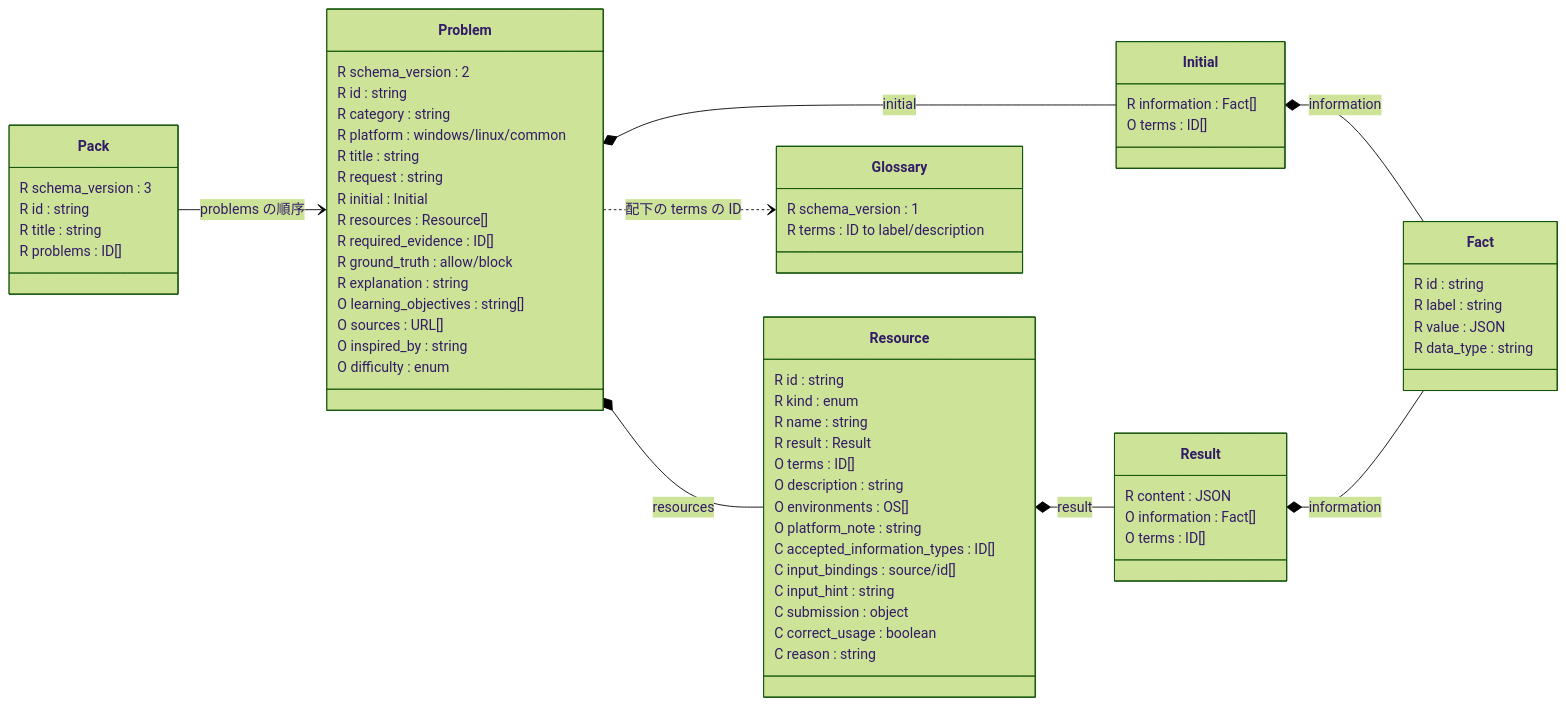
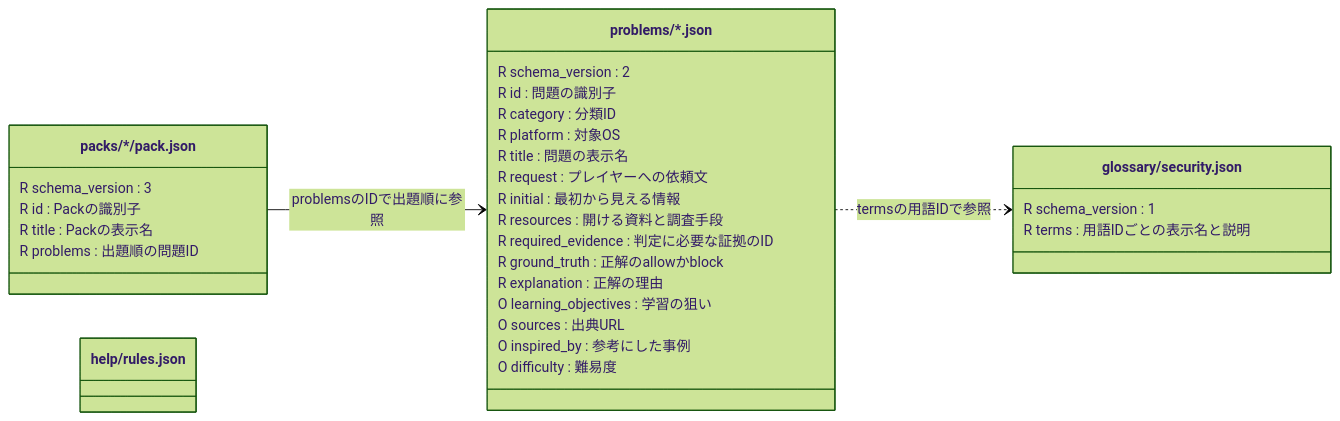
Before and after one commit to toratako/tousenborder: the diagram in data/README.md, drawn with Mermaid (forest theme). The commit also changed other lines of this file, not shown here.

Commit message:
update mermaid(WIP)

````diff
--- a/data/README.md
+++ b/data/README.md
@@ -5,69 +5,37 @@
 ```mermaid
 classDiagram
   direction LR
-  class Pack {
+  class PackFile["packs/*/pack.json"]
+  class PackFile {
     R schema_version : 3
-    R id : string
-    R title : string
-    R problems : ID[]
+    R id : Packの識別子
+    R title : Packの表示名
+    R problems : 出題順の問題ID
   }
-  class Problem {
+  class ProblemFile["problems/*.json"]
+  class ProblemFile {
     R schema_version : 2
-    R id : string
-    R category : string
-    R platform : windows/linux/common
-    R title : string
-    R request : string
-    R initial : Initial
-    R resources : Resource[]
-    R required_evidence : ID[]
-    R ground_truth : allow/block
-    R explanation : string
-    O learning_objectives : string[]
-    O sources : URL[]
-    O inspired_by : string
-    O difficulty : enum
+    R id : 問題の識別子
+    R category : 分類ID
+    R platform : 対象OS
+    R title : 問題の表示名
+    R request : プレイヤーへの依頼文
+    R initial : 最初から見える情報
+    R resources : 開ける資料と調査手段
+    R required_evidence : 判定に必要な証拠のID
+    R ground_truth : 正解のallowかblock
+    R explanation : 正解の理由
+    O learning_objectives : 学習の狙い
+    O sources : 出典URL
+    O inspired_by : 参考にした事例
+    O difficulty : 難易度
   }
-  class Initial {
-    R information : Fact[]
-    O terms : ID[]
+  class GlossaryFile["glossary/security.json"]
+  class GlossaryFile {
+    R schema_version : 1
+    R terms : 用語IDごとの表示名と説明
   }
-  class Fact {
-    R id : string
-    R label : string
-    R value : JSON
-    R data_type : string
-  }
-  class Resource {
-    R id : string
-    R kind : enum
-    R name : string
-    R result : Result
-    O terms : ID[]
-    O description : string
-    O environments : OS[]
-    O platform_note : string
-    C accepted_information_types : ID[]
-    C input_bindings : source/id[]
-    C input_hint : string
-    C submission : object
-    C correct_usage : boolean
-    C reason : string
-  }
-  class Result {
-    R content : JSON
-    O information : Fact[]
-    O terms : ID[]
-  }
-  class Glossary {
-    R schema_version : 1
-    R terms : ID to label/description
-  }
-  Pack --> Problem : problems の順序
-  Problem *-- Initial : initial
-  Initial *-- Fact : information
-  Problem *-- Resource : resources
-  Resource *-- Result : result
-  Result *-- Fact : information
-  Problem ..> Glossary : 配下の terms の ID
+  class HelpRulesFile["help/rules.json"]
+  PackFile --> ProblemFile : problemsのIDで出題順に参照
+  ProblemFile ..> GlossaryFile : termsの用語IDで参照
 ```
````
